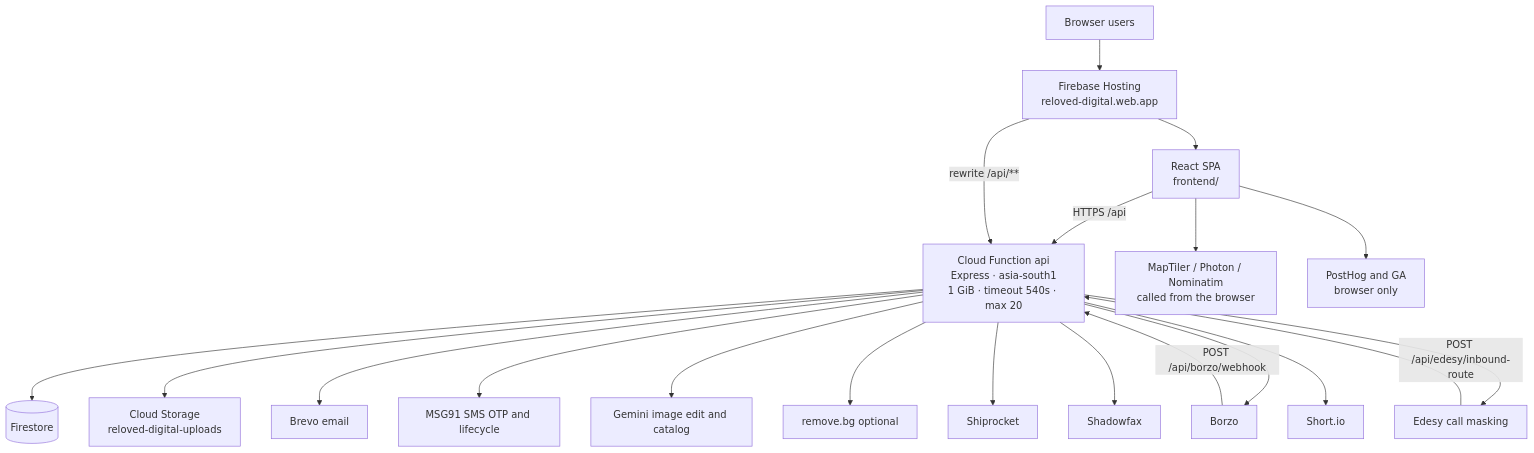
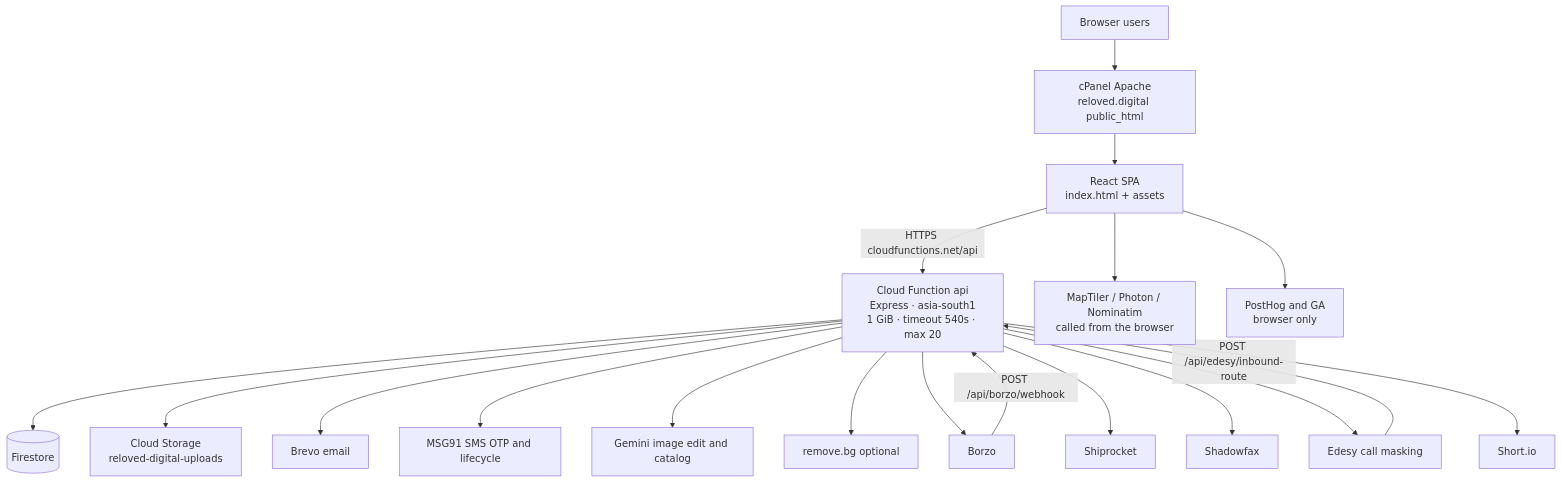
Before and after one commit to Aniketgupta101/reloved: the first of 10 diagrams in Docs/SYSTEM_DESIGN_1000_USERS.md, drawn with Mermaid. The commit also changed other lines of this file and 24 other files, not shown here.

````diff
--- a/Docs/SYSTEM_DESIGN_1000_USERS.md
+++ b/Docs/SYSTEM_DESIGN_1000_USERS.md
@@ -73,40 +74,39 @@
 ```mermaid
 flowchart TD
   user[Browser users]
-  hosting[Firebase Hosting<br/>reloved-digital.web.app]
-  spa[React SPA<br/>frontend/]
+  hosting[cPanel Apache<br/>reloved.digital public_html]
+  spa[React SPA<br/>index.html + assets]
   fn[Cloud Function api<br/>Express · asia-south1<br/>1 GiB · timeout 540s · max 20]
   fs[(Firestore)]
   gcs[Cloud Storage<br/>reloved-digital-uploads]
   brevo[Brevo email]
   msg91[MSG91 SMS OTP and lifecycle]
   gemini[Gemini image edit and catalog]
   removebg[remove.bg optional]
   borzo[Borzo]
   ship[Shiprocket]
   sfx[Shadowfax]
   edesy[Edesy call masking]
   shortio[Short.io]
   maps[MapTiler / Photon / Nominatim<br/>called from the browser]
   ph[PostHog and GA<br/>browser only]
 
   user --> hosting
   hosting --> spa
-  spa -->|HTTPS /api| fn
-  hosting -->|rewrite /api/**| fn
+  spa -->|HTTPS cloudfunctions.net/api| fn
   fn --> fs
   fn --> gcs
   fn --> brevo
   fn --> msg91
   fn --> gemini
   fn --> removebg
   fn --> borzo
   fn --> ship
   fn --> sfx
   fn --> edesy
   fn --> shortio
   spa --> maps
   spa --> ph
   borzo -->|POST /api/borzo/webhook| fn
   edesy -->|POST /api/edesy/inbound-route| fn
 ```
````
